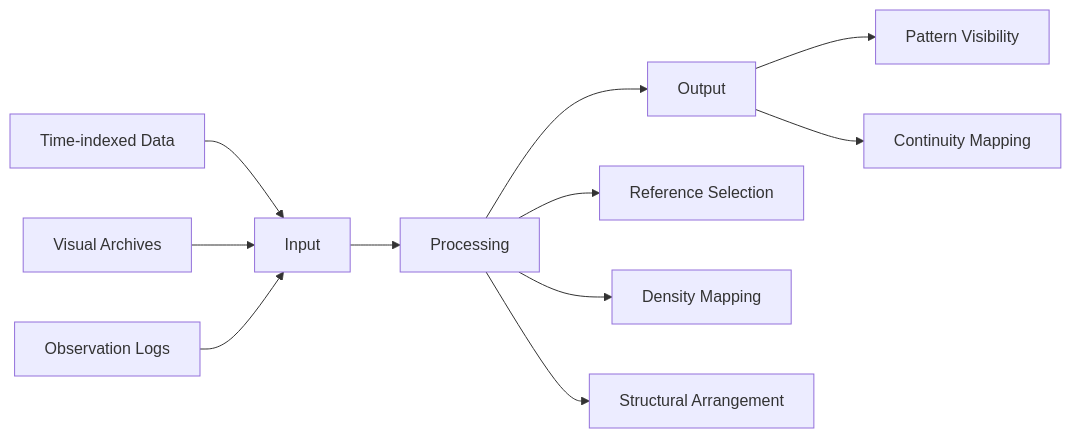
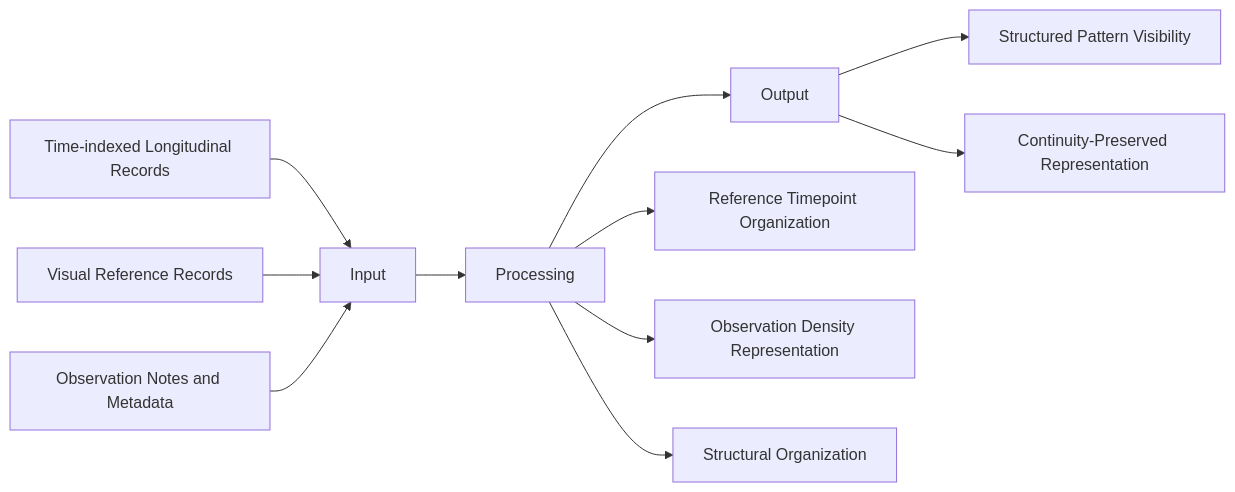
The diagram in WHITE-PAPER.md (changhunshin-csnrrm/cs-nrrm), drawn with Mermaid before and after one commit. The commit also changed other lines of this file, not shown here.

````diff
--- a/WHITE-PAPER.md
+++ b/WHITE-PAPER.md
@@ -29,16 +29,16 @@
 ```mermaid
 flowchart LR
     A[Input] --> B[Processing]
     B --> C[Output]
 
-    A1[Time-indexed Data] --> A
-    A2[Visual Archives] --> A
-    A3[Observation Logs] --> A
+    A1[Time-indexed Longitudinal Records] --> A
+    A2[Visual Reference Records] --> A
+    A3[Observation Notes and Metadata] --> A
 
-    B --> B1[Reference Selection]
-    B --> B2[Density Mapping]
-    B --> B3[Structural Arrangement]
+    B --> B1[Reference Timepoint Organization]
+    B --> B2[Observation Density Representation]
+    B --> B3[Structural Organization]
 
-    C --> C1[Pattern Visibility]
-    C --> C2[Continuity Mapping]
+    C --> C1[Structured Pattern Visibility]
+    C --> C2[Continuity-Preserved Representation]
 ```
````
